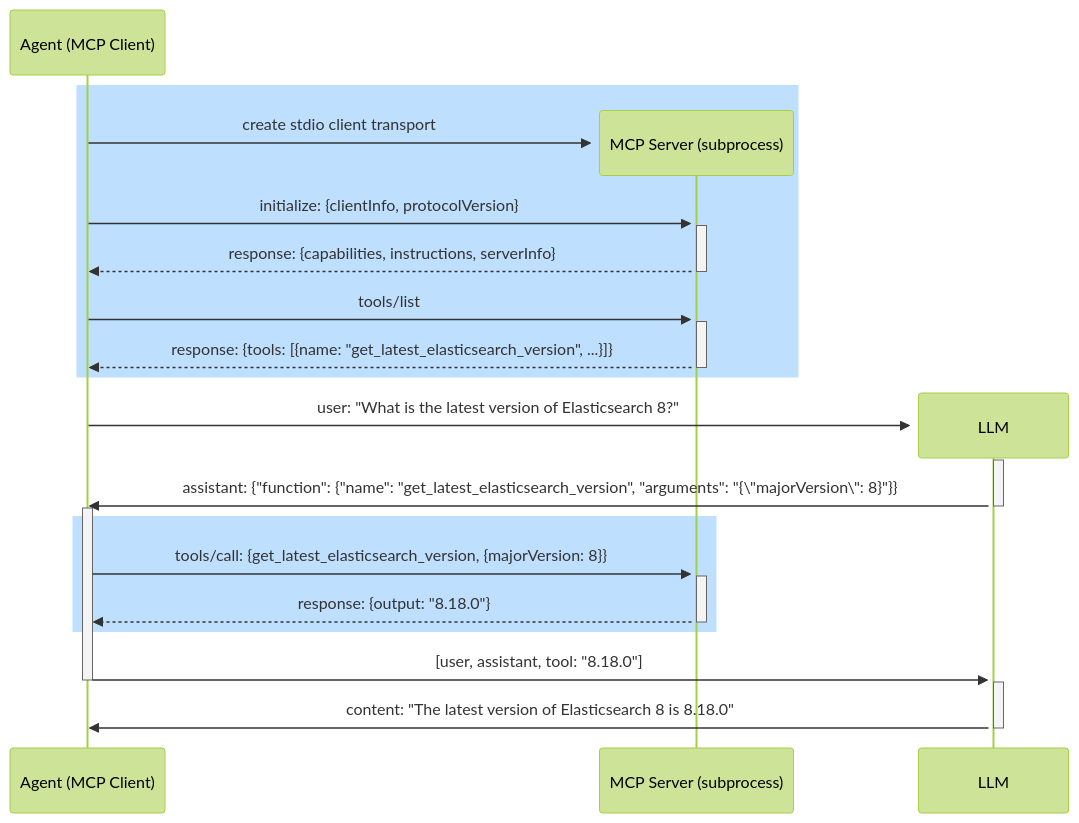
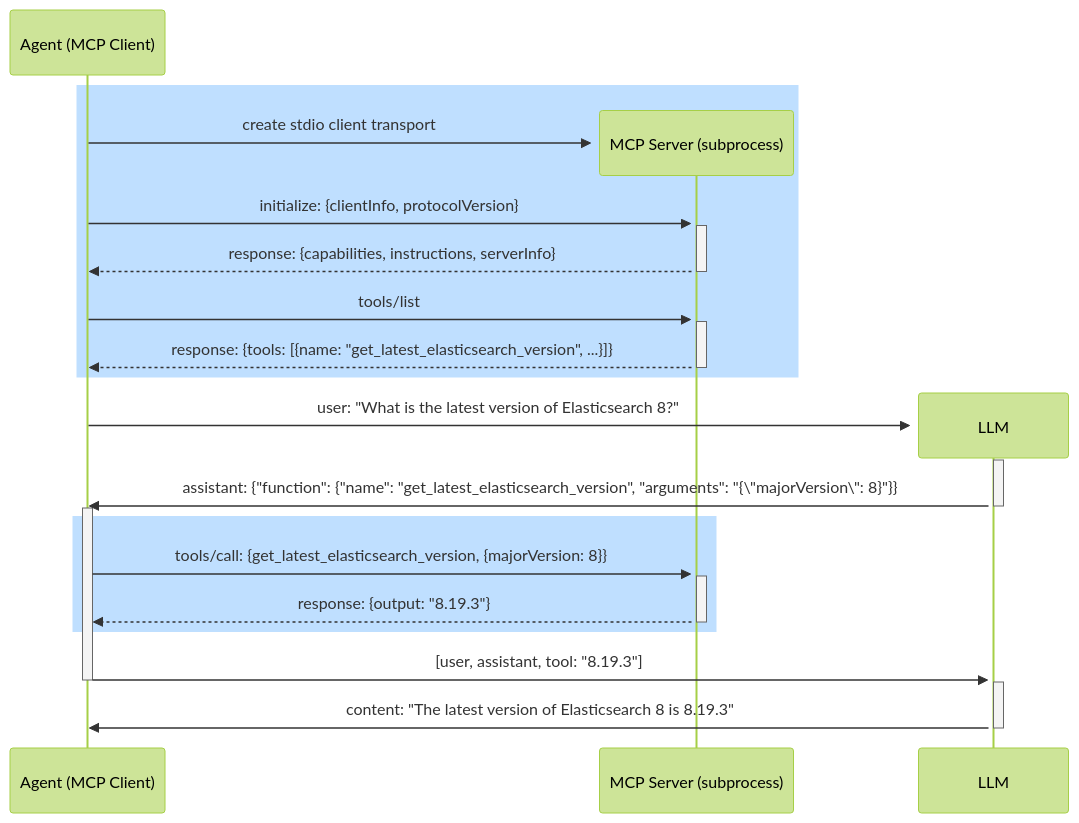
One commit to elastic/observability-examples changed the second of 2 diagrams in genai-function-calling/README.md. Above: the diagram before and after it, drawn with Mermaid (forest theme). The commit also changed other lines of this file and 10 other files, not shown here.

````diff
--- a/genai-function-calling/README.md
+++ b/genai-function-calling/README.md
@@ -160,33 +160,33 @@
 ```mermaid
 sequenceDiagram
     participant Agent as Agent (MCP Client)
 
     rect rgb(191, 223, 255)
     activate LLM
     create participant MCP as MCP Server (subprocess)
     Agent->>+MCP: create stdio client transport
     Agent->>+MCP: initialize: {clientInfo, protocolVersion}
     MCP-->>-Agent: response: {capabilities, instructions, serverInfo}
     Agent->>+MCP: tools/list
     MCP-->>-Agent: response: {tools: [{name: "get_latest_elasticsearch_version", ...}]}
     end
 
     create participant LLM
 
     Agent->>LLM: user: "What is the latest version of Elasticsearch 8?"
     activate LLM
     LLM->>Agent: assistant: {"function": {"name": "get_latest_elasticsearch_version", "arguments": "{\"majorVersion\": 8}"}}
     deactivate LLM
     activate Agent
 
     rect rgb(191, 223, 255)
     Agent->>+MCP: tools/call: {get_latest_elasticsearch_version, {majorVersion: 8}}
-    MCP-->>-Agent: response: {output: "8.18.0"}
+    MCP-->>-Agent: response: {output: "8.19.3"}
     end
 
-    Agent->>LLM: [user, assistant, tool: "8.18.0"]
+    Agent->>LLM: [user, assistant, tool: "8.19.3"]
     deactivate Agent
     activate LLM
-    LLM->>Agent: content: "The latest version of Elasticsearch 8 is 8.18.0"
+    LLM->>Agent: content: "The latest version of Elasticsearch 8 is 8.19.3"
     deactivate LLM
 ```
````
